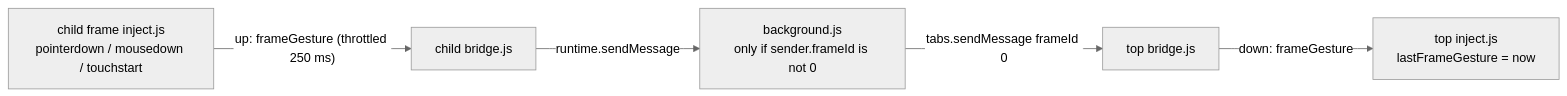
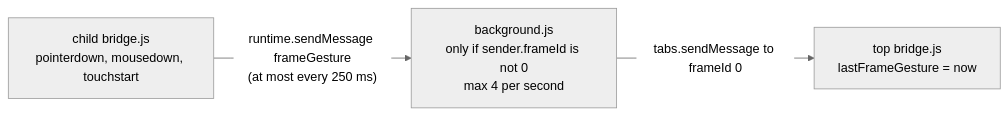
The third of 4 diagrams in docs/ARCHITECTURE.md (madironman/popshield), drawn with Mermaid (neutral theme) before and after one commit. The commit also changed other lines of this file and 13 other files, not shown here.

````diff
--- a/docs/ARCHITECTURE.md
+++ b/docs/ARCHITECTURE.md
@@ -66,7 +112,5 @@
 ```mermaid
 flowchart LR
-    F["child frame inject.js<br/>pointerdown / mousedown / touchstart"] -->|"up: frameGesture (throttled 250 ms)"| FB["child bridge.js"]
-    FB -->|"runtime.sendMessage"| BG["background.js<br/>only if sender.frameId is not 0"]
-    BG -->|"tabs.sendMessage frameId 0"| TB["top bridge.js"]
-    TB -->|"down: frameGesture"| TI["top inject.js<br/>lastFrameGesture = now"]
+    F["child bridge.js<br/>pointerdown, mousedown, touchstart"] -->|"runtime.sendMessage frameGesture<br/>(at most every 250 ms)"| BG["background.js<br/>only if sender.frameId is not 0<br/>max 4 per second"]
+    BG -->|"tabs.sendMessage to frameId 0"| TB["top bridge.js<br/>lastFrameGesture = now"]
 ```
````
